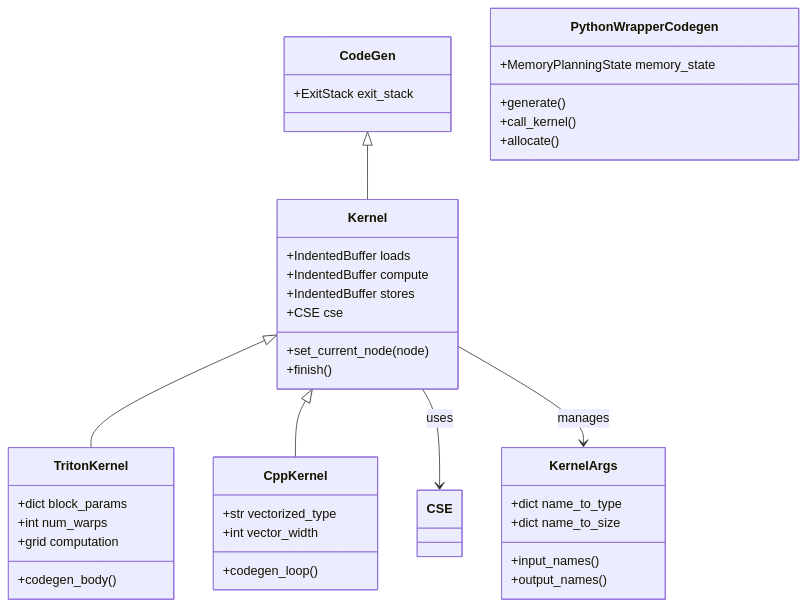
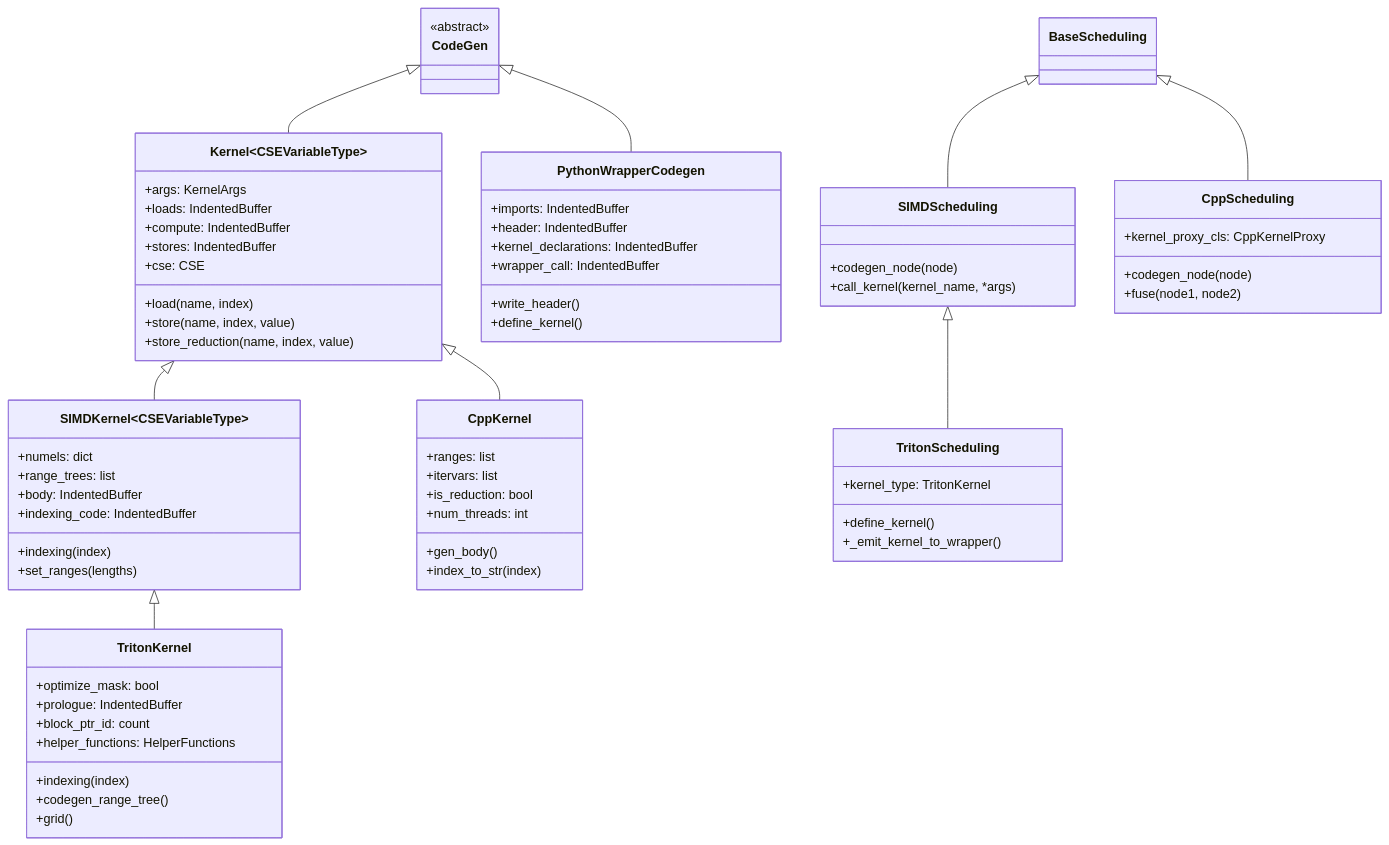
One commit to Allen-C-Guan/Pytorch-Inductor-Tutorial changed the first of 5 diagrams in Introduction/compiler_view_tutorial/ch08_codegen.md. Above: the diagram before and after it, drawn with Mermaid. The commit also changed other lines of this file and 5 other files, not shown here.

````diff
--- a/Introduction/compiler_view_tutorial/ch08_codegen.md
+++ b/Introduction/compiler_view_tutorial/ch08_codegen.md
@@ -148,48 +419,71 @@
 ```mermaid
 classDiagram
     class CodeGen {
-        +ExitStack exit_stack
+        <<abstract>>
     }
-
-    class Kernel {
-        +IndentedBuffer loads
-        +IndentedBuffer compute
-        +IndentedBuffer stores
-        +CSE cse
-        +set_current_node(node)
-        +finish()
+    class Kernel~CSEVariableType~ {
+        +args: KernelArgs
+        +loads: IndentedBuffer
+        +compute: IndentedBuffer
+        +stores: IndentedBuffer
+        +cse: CSE
+        +load(name, index)
+        +store(name, index, value)
+        +store_reduction(name, index, value)
     }
-
+    class SIMDKernel~CSEVariableType~ {
+        +numels: dict
+        +range_trees: list
+        +body: IndentedBuffer
+        +indexing_code: IndentedBuffer
+        +indexing(index)
+        +set_ranges(lengths)
+    }
     class TritonKernel {
-        +dict block_params
-        +int num_warps
-        +grid computation
-        +codegen_body()
+        +optimize_mask: bool
+        +prologue: IndentedBuffer
+        +block_ptr_id: count
+        +helper_functions: HelperFunctions
+        +indexing(index)
+        +codegen_range_tree()
+        +grid()
     }
-
     class CppKernel {
-        +str vectorized_type
-        +int vector_width
-        +codegen_loop()
+        +ranges: list
+        +itervars: list
+        +is_reduction: bool
+        +num_threads: int
+        +gen_body()
+        +index_to_str(index)
     }
-
     class PythonWrapperCodegen {
-        +MemoryPlanningState memory_state
-        +generate()
-        +call_kernel()
-        +allocate()
+        +imports: IndentedBuffer
+        +header: IndentedBuffer
+        +kernel_declarations: IndentedBuffer
+        +wrapper_call: IndentedBuffer
+        +write_header()
+        +define_kernel()
     }
-
-    class KernelArgs {
-        +dict name_to_type
-        +dict name_to_size
-        +input_names()
-        +output_names()
+    class SIMDScheduling {
+        +codegen_node(node)
+        +call_kernel(kernel_name, *args)
     }
-
+    class TritonScheduling {
+        +kernel_type: TritonKernel
+        +define_kernel()
+        +_emit_kernel_to_wrapper()
+    }
+    class CppScheduling {
+        +kernel_proxy_cls: CppKernelProxy
+        +codegen_node(node)
+        +fuse(node1, node2)
+    }
     CodeGen <|-- Kernel
-    Kernel <|-- TritonKernel
+    CodeGen <|-- PythonWrapperCodegen
+    Kernel <|-- SIMDKernel
+    SIMDKernel <|-- TritonKernel
     Kernel <|-- CppKernel
-    Kernel --> CSE : uses
-    Kernel --> KernelArgs : manages
+    SIMDScheduling <|-- TritonScheduling
+    BaseScheduling <|-- SIMDScheduling
+    BaseScheduling <|-- CppScheduling
 ```
````
